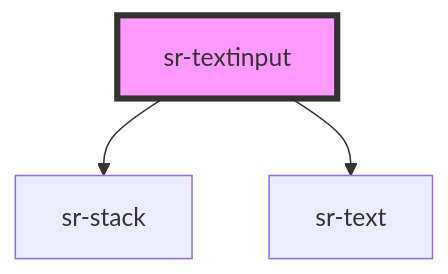
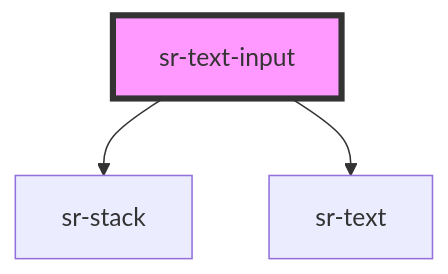
The diagram in src/components/form/sr-textinput/readme.md (tonyblu331/spotify-replay-design-system), drawn with Mermaid before and after one commit. The commit also changed 21 other files, not shown here.

````diff
--- a/src/components/form/sr-textinput/readme.md
+++ b/src/components/form/sr-textinput/readme.md
@@ -35,6 +35,6 @@
 ```mermaid
 graph TD;
-  sr-textinput --> sr-stack
-  sr-textinput --> sr-text
-  style sr-textinput fill:#f9f,stroke:#333,stroke-width:4px
+  sr-text-input --> sr-stack
+  sr-text-input --> sr-text
+  style sr-text-input fill:#f9f,stroke:#333,stroke-width:4px
 ```
````
